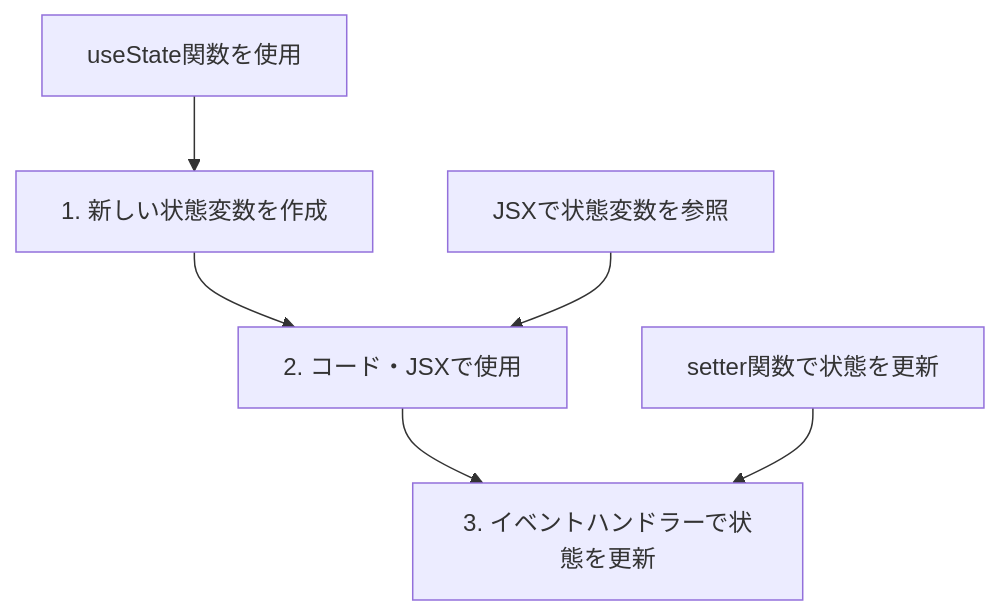
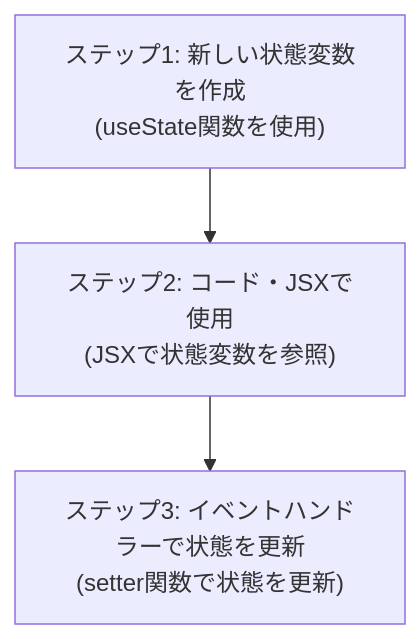
Before and after one commit to shiftplus-corp-homan-keisuke/frontend: the second of 3 diagrams in 学習プラン/Phase2_React完全習得/STEP02_状態管理の基本/Session1_イベント処理と状態の基本.md, drawn with Mermaid. The commit also changed other lines of this file and 2 other files, not shown here.

````diff
--- a/学習プラン/Phase2_React完全習得/STEP02_状態管理の基本/Session1_イベント処理と状態の基本.md
+++ b/学習プラン/Phase2_React完全習得/STEP02_状態管理の基本/Session1_イベント処理と状態の基本.md
@@ -275,9 +288,9 @@
 ```mermaid
 graph TD
-    A[1. 新しい状態変数を作成] --> B[2. コード・JSXで使用]
-    B --> C[3. イベントハンドラーで状態を更新]
+    A["ステップ1: 新しい状態変数を作成<br/>(useState関数を使用)"]
+    B["ステップ2: コード・JSXで使用<br/>(JSXで状態変数を参照)"]
+    C["ステップ3: イベントハンドラーで状態を更新<br/>(setter関数で状態を更新)"]
     
-    A1[useState関数を使用] --> A
-    B1[JSXで状態変数を参照] --> B
-    C1[setter関数で状態を更新] --> C
+    A --> B
+    B --> C
 ```
````
